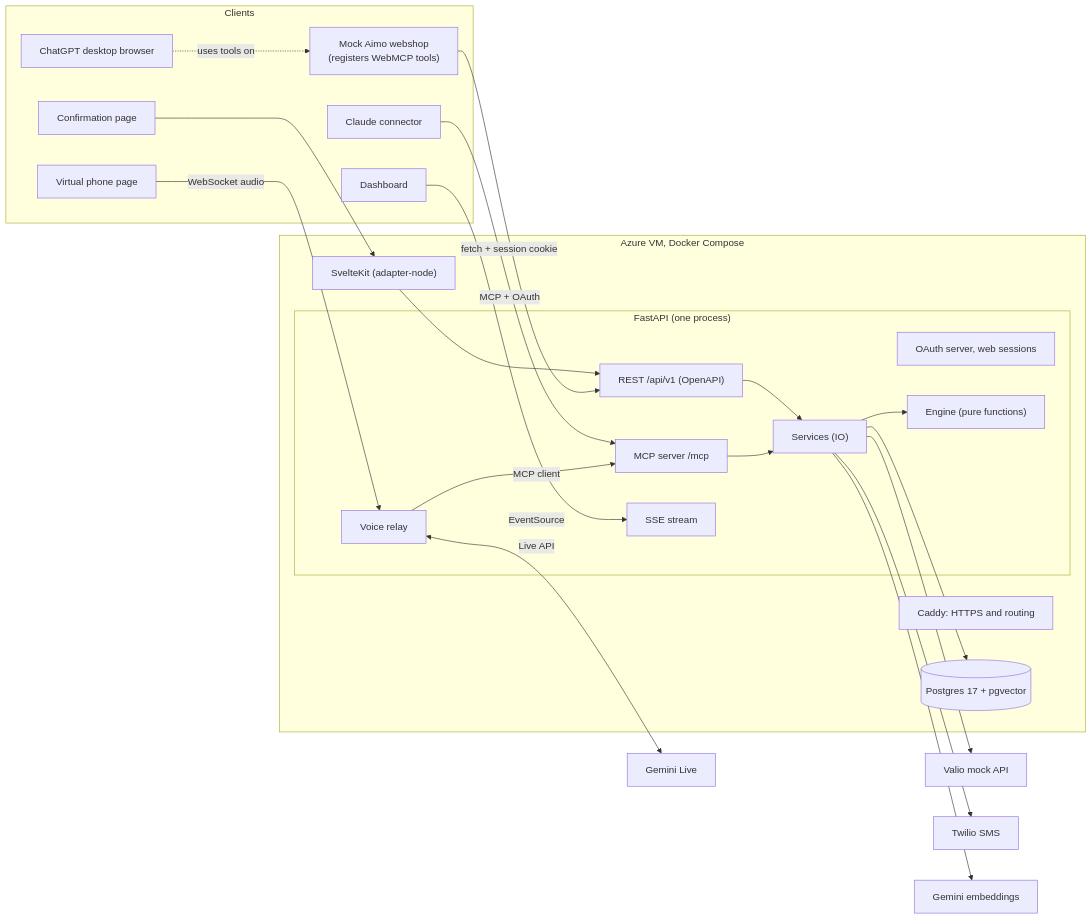
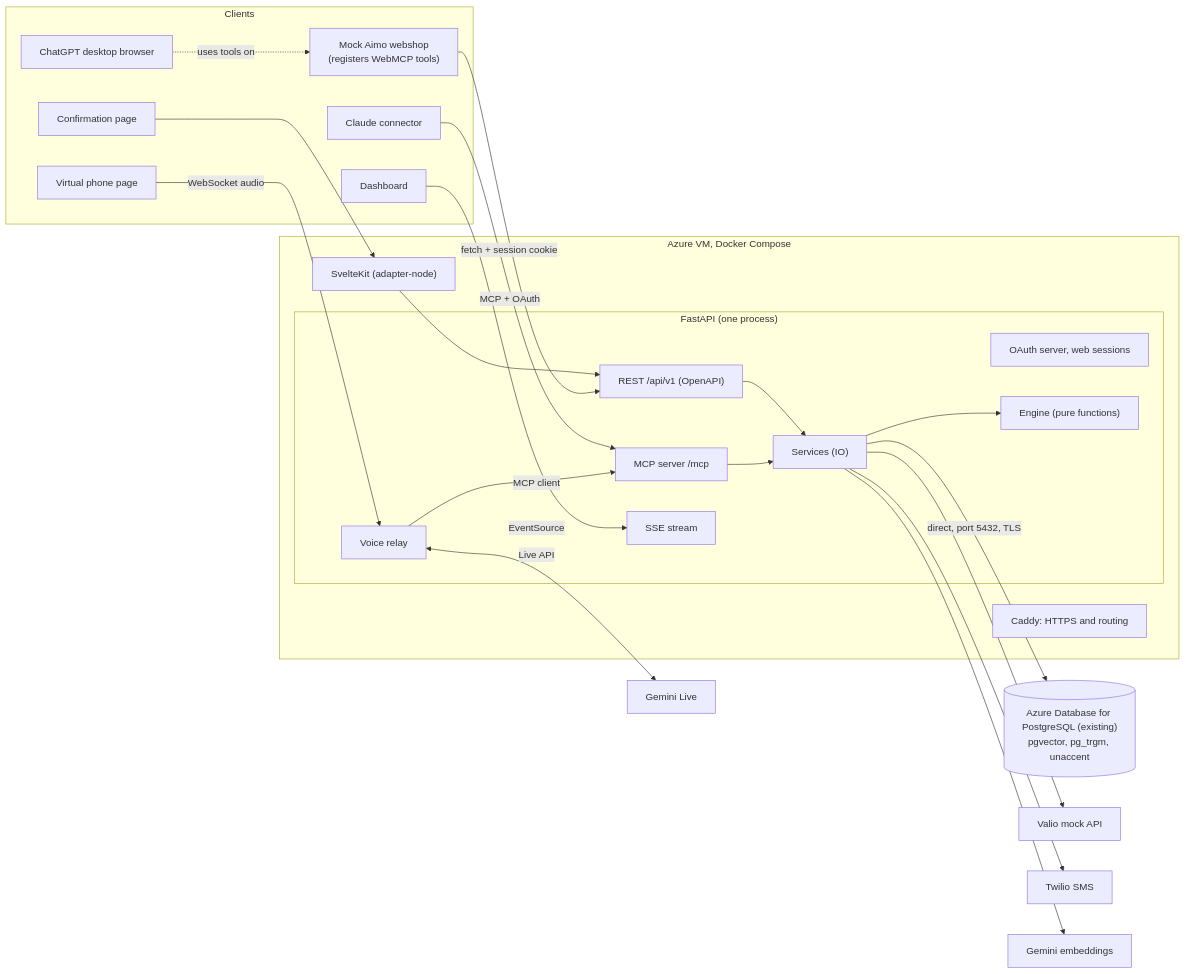
The first of 2 diagrams in technical-plan.md (Mankeli-Software/junction-2026), drawn with Mermaid before and after one commit. The commit also changed other lines of this file, not shown here.

First line of the commit message:
Apply first review to technical-plan.md: managed Postgres, clock, SMS trigger

````diff
--- a/technical-plan.md
+++ b/technical-plan.md
@@ -34,42 +37,43 @@
 ```mermaid
 flowchart LR
     subgraph Clients
         PhonePage["Virtual phone page"]
         Shop["Mock Aimo webshop<br/>(registers WebMCP tools)"]
         ChatGPT["ChatGPT desktop browser"]
         Claude["Claude connector"]
         ConfirmPage["Confirmation page"]
         DashPage["Dashboard"]
     end
 
     subgraph VM["Azure VM, Docker Compose"]
         Caddy["Caddy: HTTPS and routing"]
         subgraph API["FastAPI (one process)"]
             Relay["Voice relay"]
             MCP["MCP server /mcp"]
             REST["REST /api/v1 (OpenAPI)"]
             Auth["OAuth server, web sessions"]
             SSE["SSE stream"]
             Svc["Services (IO)"]
             Engine["Engine (pure functions)"]
         end
         Web["SvelteKit (adapter-node)"]
-        PG[("Postgres 17 + pgvector")]
     end
+
+    PG[("Azure Database for PostgreSQL (existing)<br/>pgvector, pg_trgm, unaccent")]
 
     ChatGPT -. "uses tools on" .-> Shop
     PhonePage -- "WebSocket audio" --> Relay
     Relay -- "MCP client" --> MCP
     Relay <-- "Live API" --> Gemini["Gemini Live"]
     Claude -- "MCP + OAuth" --> MCP
     Shop -- "fetch + session cookie" --> REST
     ConfirmPage --> Web --> REST
     DashPage -- "EventSource" --> SSE
     MCP --> Svc
     REST --> Svc
     Svc --> Engine
-    Svc --> PG
+    Svc -- "direct, port 5432, TLS" --> PG
     Svc --> Valio["Valio mock API"]
     Svc --> Twilio["Twilio SMS"]
     Svc --> Emb["Gemini embeddings"]
 ```
````
